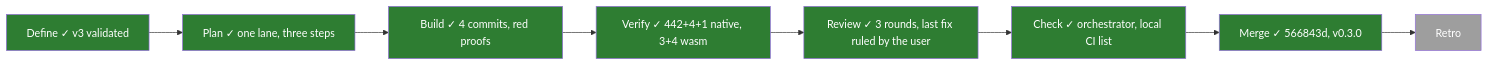
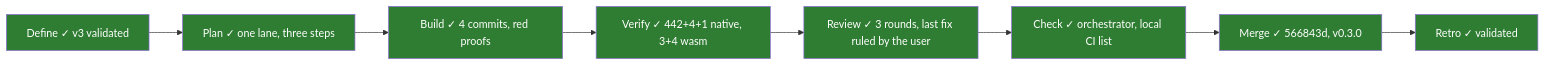
Before and after one commit to PaliCanon/ui-lib: the first of 2 diagrams in .task/067-csr.md, drawn with Mermaid. The commit also changed other lines of this file, not shown here.

Commit message:
chore(task): 067 retro validated

````diff
--- a/.task/067-csr.md
+++ b/.task/067-csr.md
@@ -12,7 +12,7 @@
 ```mermaid
 flowchart LR
-  Define["Define ✓ v3 validated"]:::done --> Plan["Plan ✓ one lane, three steps"]:::done --> Build["Build ✓ 4 commits, red proofs"]:::done --> Verify["Verify ✓ 442+4+1 native, 3+4 wasm"]:::done --> Review["Review ✓ 3 rounds, last fix ruled by the user"]:::done --> Check["Check ✓ orchestrator, local CI list"]:::done --> Merge["Merge ✓ 566843d, v0.3.0"]:::done --> Retro:::todo
+  Define["Define ✓ v3 validated"]:::done --> Plan["Plan ✓ one lane, three steps"]:::done --> Build["Build ✓ 4 commits, red proofs"]:::done --> Verify["Verify ✓ 442+4+1 native, 3+4 wasm"]:::done --> Review["Review ✓ 3 rounds, last fix ruled by the user"]:::done --> Check["Check ✓ orchestrator, local CI list"]:::done --> Merge["Merge ✓ 566843d, v0.3.0"]:::done --> Retro["Retro ✓ validated"]:::done
   classDef doing fill:#f9a825,color:#000
   classDef done fill:#2e7d32,color:#fff
   classDef todo fill:#9e9e9e,color:#fff
 ```
````
